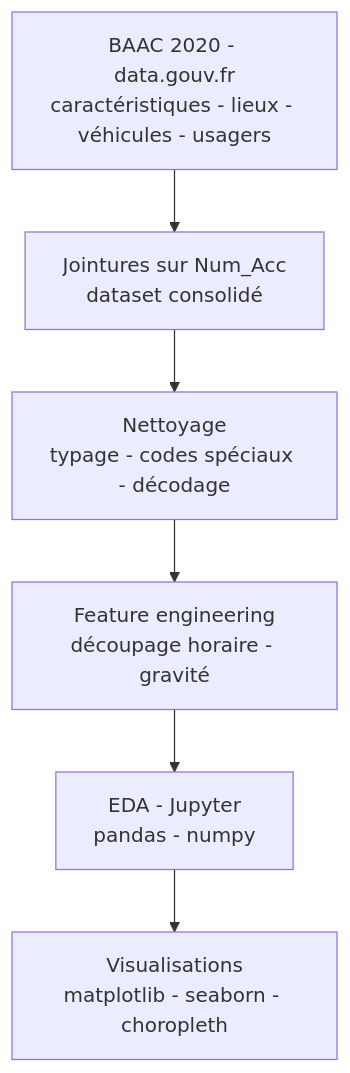
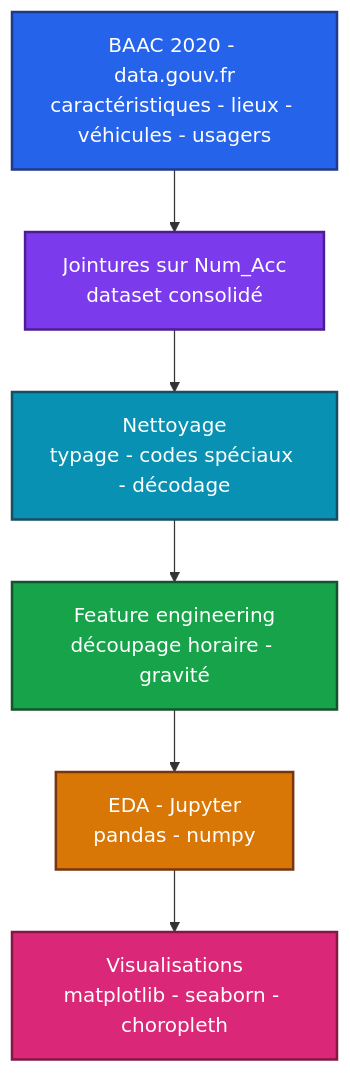
One commit to Adam-Blf/accidentologie-baac-20 changed the diagram in README.md. Above: the diagram before and after it, drawn with Mermaid.

Commit message:
docs: add colors to mermaid diagrams (#4)
Each node gets a palette class (by subgraph or by flow depth), subgraphs are tinted, non-flowchart diagrams use a colored base theme. Validated by rendering every diagram before and after.

````diff
--- a/README.md
+++ b/README.md
@@ -21,14 +21,27 @@
 ```mermaid
 flowchart TB
     SRC["BAAC 2020 - data.gouv.fr<br/>caractéristiques - lieux - véhicules - usagers"]
     JOIN["Jointures sur Num_Acc<br/>dataset consolidé"]
     CLEAN["Nettoyage<br/>typage - codes spéciaux - décodage"]
     FE["Feature engineering<br/>découpage horaire - gravité"]
     EDA["EDA - Jupyter<br/>pandas - numpy"]
     VIZ["Visualisations<br/>matplotlib - seaborn - choropleth"]
     SRC --> JOIN
     JOIN --> CLEAN
     CLEAN --> FE
     FE --> EDA
     EDA --> VIZ
+
+    classDef c0 fill:#2563eb,stroke:#1e3a8a,stroke-width:2px,color:#ffffff
+    classDef c1 fill:#7c3aed,stroke:#4c1d95,stroke-width:2px,color:#ffffff
+    classDef c2 fill:#0891b2,stroke:#164e63,stroke-width:2px,color:#ffffff
+    classDef c3 fill:#16a34a,stroke:#14532d,stroke-width:2px,color:#ffffff
+    classDef c4 fill:#d97706,stroke:#78350f,stroke-width:2px,color:#ffffff
+    classDef c5 fill:#db2777,stroke:#831843,stroke-width:2px,color:#ffffff
+    class SRC c0
+    class JOIN c1
+    class CLEAN c2
+    class FE c3
+    class EDA c4
+    class VIZ c5
 ```
````
